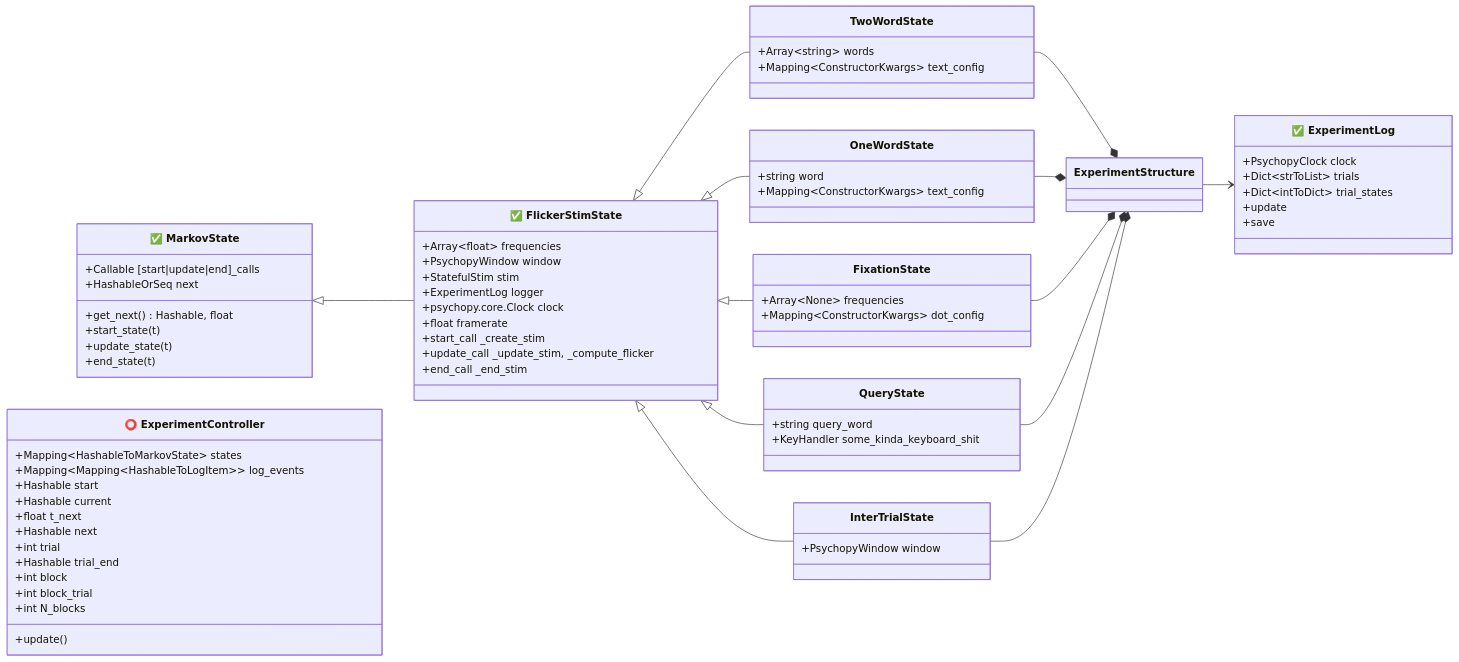
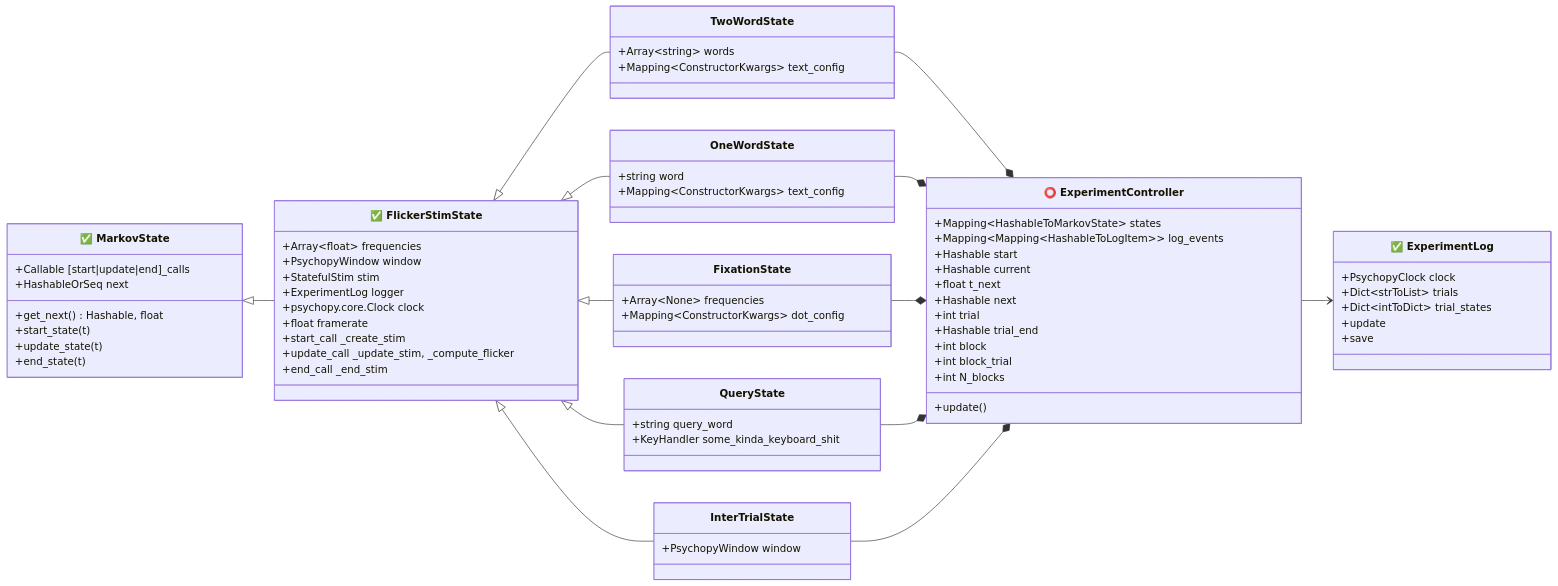
The diagram in docs/code_structure.md (neurolingo-lab/language-intermodulation), drawn with Mermaid before and after one commit. The commit also changed 1 other file, not shown here.

Commit message:
Updated logic diagrams

````diff
--- a/docs/code_structure.md
+++ b/docs/code_structure.md
@@ -1,75 +1,75 @@
 ```mermaid
 classDiagram
     direction  LR
     class  MarkovState["✅ MarkovState"]  {
         +Callable  [start|update|end]_calls
         +HashableOrSeq  next
 		+get_next()  Hashable,  float
 		+start_state(t)
 		+update_state(t)
 		+end_state(t)
     }
     class  FlickerStimState["✅ FlickerStimState"]  {
 		+Array~float~  frequencies
 		+PsychopyWindow  window
 		+StatefulStim  stim
 		+ExperimentLog logger
 		+psychopy.core.Clock clock
 		+float framerate
 		+start_call  _create_stim
 		+update_call  _update_stim, _compute_flicker
 		+end_call  _end_stim
     }
     class  TwoWordState  {
 		+Array~string~  words
 		+Mapping~ConstructorKwargs~ text_config
     }
     class  OneWordState  {
 	    +string  word
 	    +Mapping~ConstructorKwargs~ text_config
     }
     class  FixationState  {
         +Array~None~ frequencies
         +Mapping~ConstructorKwargs~ dot_config
     }
     class  QueryState  {
         +string query_word
         +KeyHandler some_kinda_keyboard_shit
     }
     class  InterTrialState  {
         +PsychopyWindow  window
     }
     MarkovState  <|--  FlickerStimState
     FlickerStimState  <|--  TwoWordState
     FlickerStimState  <|--  OneWordState
     FlickerStimState  <|--  FixationState
     FlickerStimState  <|--  QueryState
     FlickerStimState  <|--  InterTrialState
     class  ExperimentController["⭕ ExperimentController"]  {
         +Mapping~HashableToMarkovState~  states
         +Mapping~Mapping~HashableToLogItem~~ log_events
         +Hashable  start
         +Hashable  current
         +float  t_next
         +Hashable  next
         +int  trial
         +Hashable  trial_end
         +int  block
         +int  block_trial
         +int  N_blocks
         +update()
     }
-    TwoWordState  --*  ExperimentStructure
-    OneWordState  --*  ExperimentStructure
-    FixationState  --*  ExperimentStructure
-    QueryState  --*  ExperimentStructure
-    InterTrialState  --*  ExperimentStructure
+    TwoWordState  --*  ExperimentController
+    OneWordState  --*  ExperimentController
+    FixationState  --*  ExperimentController
+    QueryState  --*  ExperimentController
+    InterTrialState  --*  ExperimentController
     class ExperimentLog["✅ ExperimentLog"]  {
         +PsychopyClock  clock
         +Dict~strToList~  trials
         +Dict~intToDict~  trial_states
         +update
         +save
     }
-    ExperimentStructure --> ExperimentLog
+    ExperimentController --> ExperimentLog
 ```
````
